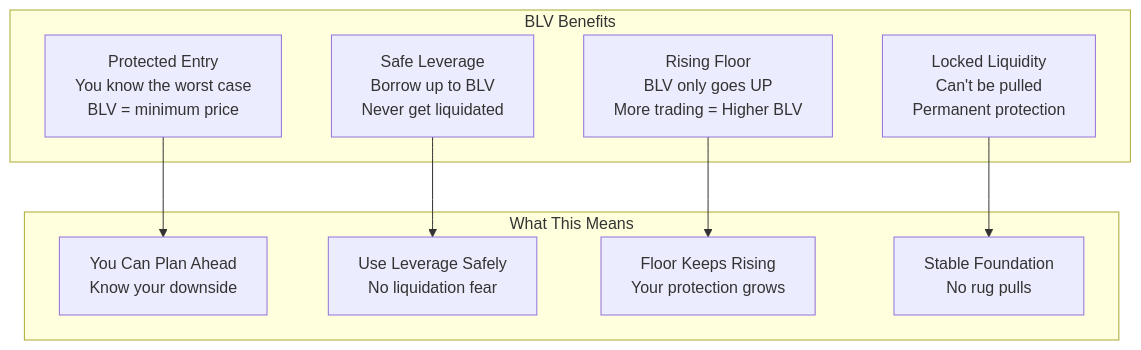
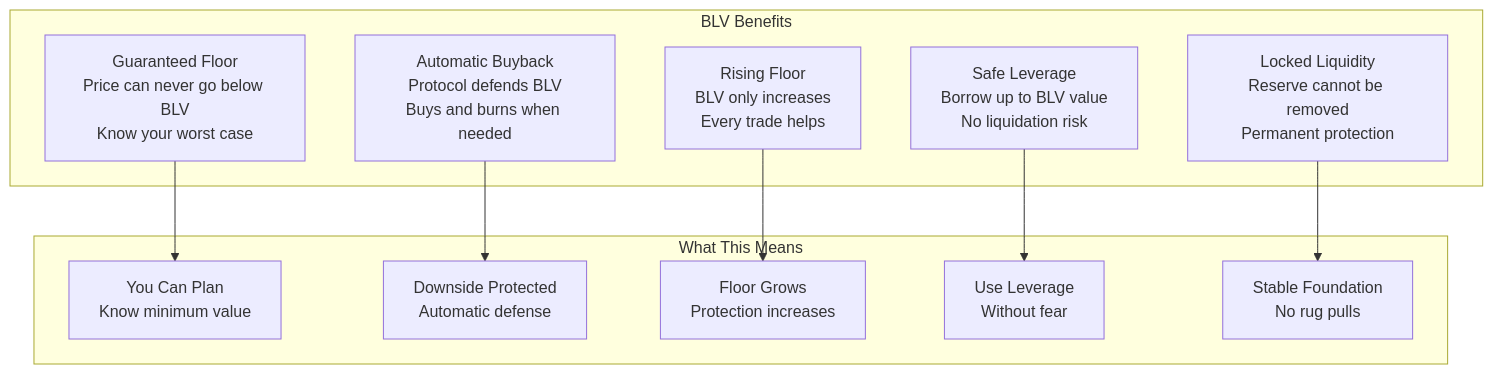
One commit to 0xJaehaerys/ohmega changed the eighth of 8 diagrams in blackhaven-blv-user-friendly.md. Above: the diagram before and after it, drawn with Mermaid. The commit also changed other lines of this file, not shown here.

First line of the commit message:
Rewrite BLV diagram based on actual Baseline Markets mechanism

````diff
--- a/blackhaven-blv-user-friendly.md
+++ b/blackhaven-blv-user-friendly.md
@@ -152,22 +213,24 @@
 ```mermaid
 graph TD
     subgraph "BLV Benefits"
-        BENEFIT1[Protected Entry<br/>You know the worst case<br/>BLV = minimum price]
-        BENEFIT2[Safe Leverage<br/>Borrow up to BLV<br/>Never get liquidated]
-        BENEFIT3[Rising Floor<br/>BLV only goes UP<br/>More trading = Higher BLV]
-        BENEFIT4[Locked Liquidity<br/>Can't be pulled<br/>Permanent protection]
+        BENEFIT1[Guaranteed Floor<br/>Price can never go below BLV<br/>Know your worst case]
+        BENEFIT2[Automatic Buyback<br/>Protocol defends BLV<br/>Buys and burns when needed]
+        BENEFIT3[Rising Floor<br/>BLV only increases<br/>Every trade helps]
+        BENEFIT4[Safe Leverage<br/>Borrow up to BLV value<br/>No liquidation risk]
+        BENEFIT5[Locked Liquidity<br/>Reserve cannot be removed<br/>Permanent protection]
     end
     
     subgraph "What This Means"
-        MEANING1[You Can Plan Ahead<br/>Know your downside]
-        MEANING2[Use Leverage Safely<br/>No liquidation fear]
-        MEANING3[Floor Keeps Rising<br/>Your protection grows]
-        MEANING4[Stable Foundation<br/>No rug pulls]
+        MEANING1[You Can Plan<br/>Know minimum value]
+        MEANING2[Downside Protected<br/>Automatic defense]
+        MEANING3[Floor Grows<br/>Protection increases]
+        MEANING4[Use Leverage<br/>Without fear]
+        MEANING5[Stable Foundation<br/>No rug pulls]
     end
     
     BENEFIT1 --> MEANING1
     BENEFIT2 --> MEANING2
     BENEFIT3 --> MEANING3
     BENEFIT4 --> MEANING4
-    
+    BENEFIT5 --> MEANING5
 ```
````
